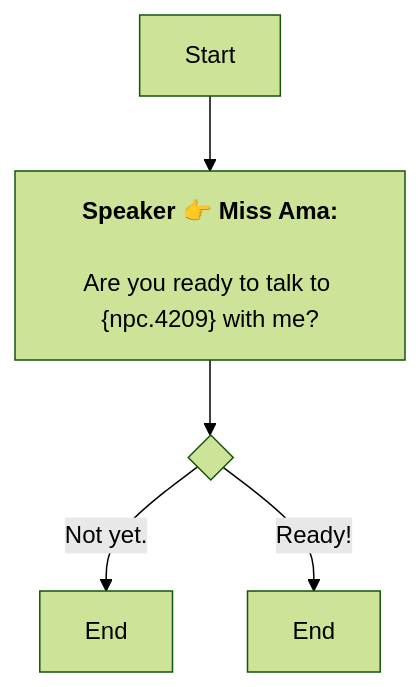
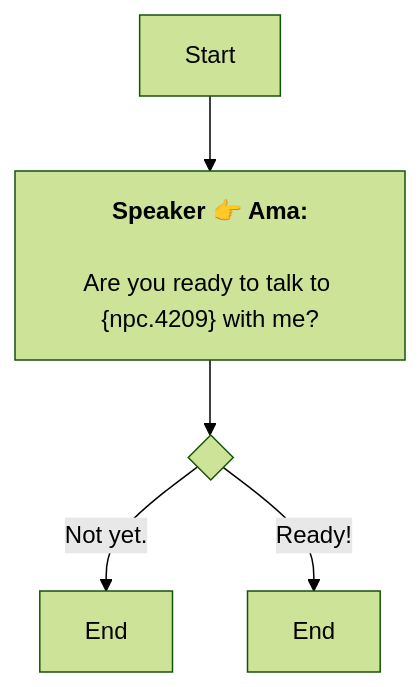
Before and after one commit to SoftHu/tos_avg: the diagram in En/AddDialogNode_1754301235927653.md, drawn with Mermaid (forest theme). The commit also changed 297 other files, not shown here.

````diff
--- a/En/AddDialogNode_1754301235927653.md
+++ b/En/AddDialogNode_1754301235927653.md
@@ -1,10 +1,10 @@
 ```mermaid
 graph
-Start -->1754301363364455[<b>Speaker 👉 Miss Ama:</b>
+Start -->1754301363364455[<b>Speaker 👉 Ama:</b>
 
 Are you ready to talk to &lbrace;npc.4209&rbrace; with me?]
 1754301363364455 -->1754301443173992{ }
 1754301443173992 -->|Not yet.|1754301458449005[End]
 1754301443173992 -->|Ready!|1754301463538286[End]
 
  ```
````
